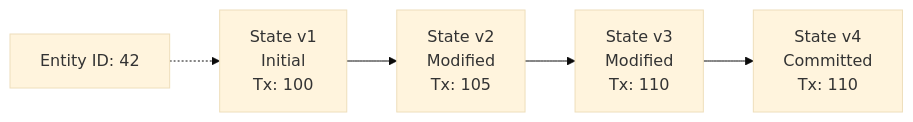
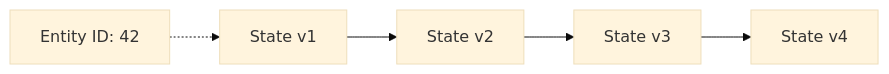
Before and after one commit to nexepic/zyx: the first of 3 diagrams in docs/en/algorithms/state-chain-optimistic-locking.md, drawn with Mermaid (base theme). The commit also changed other lines of this file and 21 other files, not shown here.

First line of the commit message:
fix: resolve Mermaid diagram display issues in VitePress

````diff
--- a/docs/en/algorithms/state-chain-optimistic-locking.md
+++ b/docs/en/algorithms/state-chain-optimistic-locking.md
@@ -32,9 +32,9 @@
 ```mermaid
 graph LR
-    A[State v1<br/>Initial<br/>Tx: 100] --> B[State v2<br/>Modified<br/>Tx: 105]
-    B --> C[State v3<br/>Modified<br/>Tx: 110]
-    C --> D[State v4<br/>Committed<br/>Tx: 110]
+    A[State v1] --> B[State v2]
+    B --> C[State v3]
+    C --> D[State v4]
 
     E[Entity ID: 42]
     E -.-> A
 ```
````
